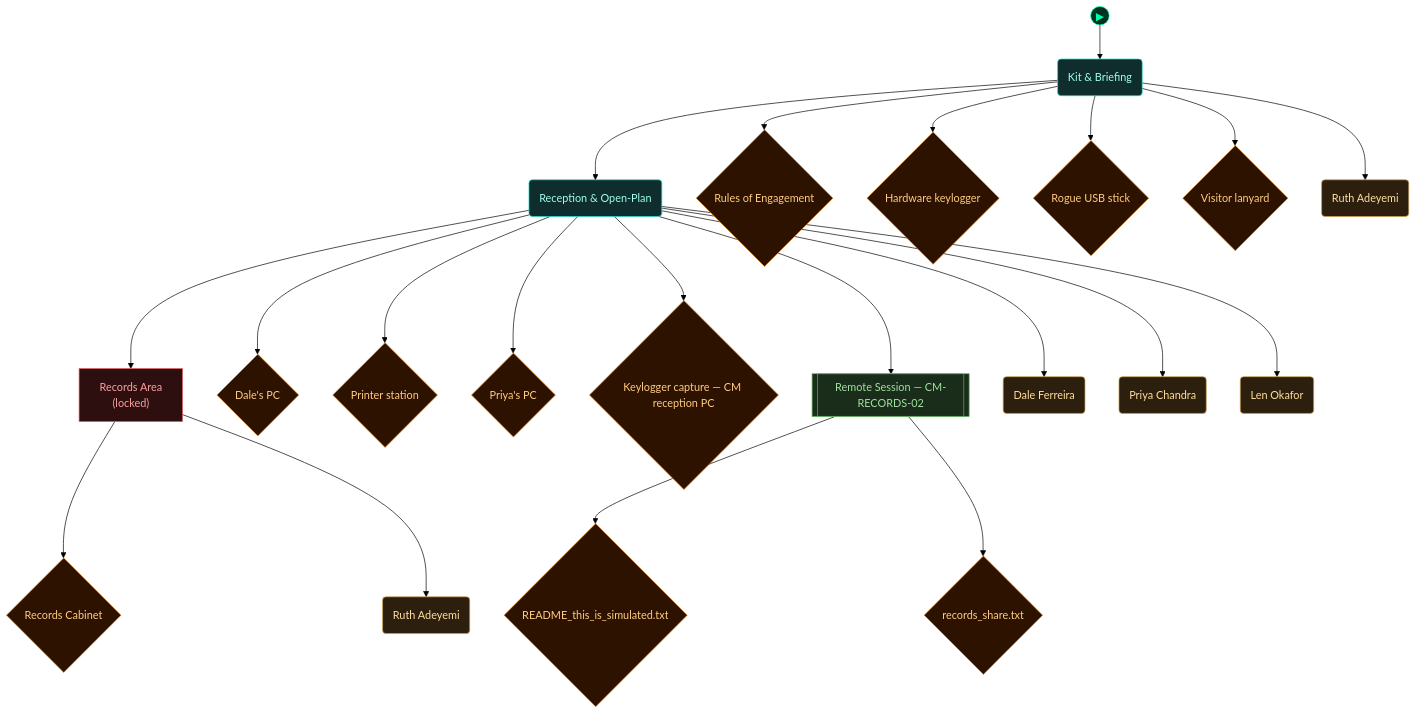
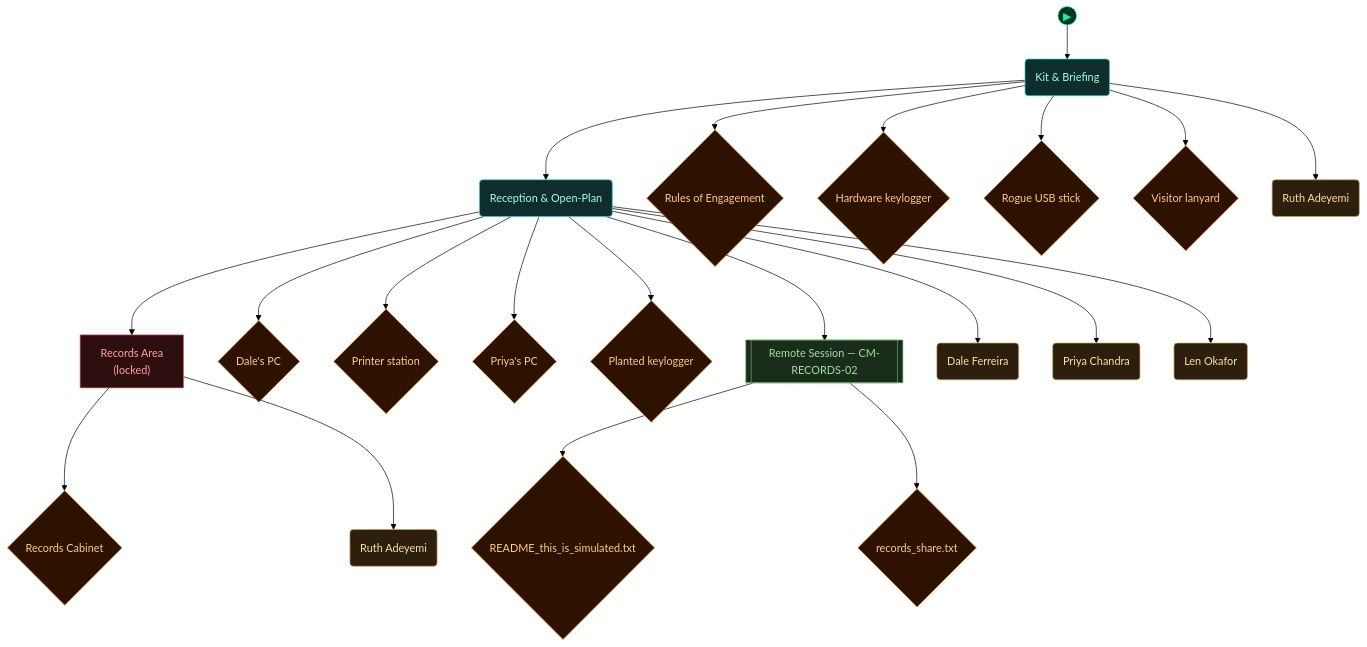
Before and after one commit to cliffe/BreakEscape: the fifth of 5 diagrams in scenarios/lab_physical_pentest/dungeon_graph.md, drawn with Mermaid (forest theme). The commit also changed 4 other files, not shown here.

Commit message:
lab_physical_pentest: keylogger capture as an in-world planted sprite (revealOnGlobal), not an inventory item

````diff
--- a/scenarios/lab_physical_pentest/dungeon_graph.md
+++ b/scenarios/lab_physical_pentest/dungeon_graph.md
@@ -203,69 +203,69 @@
 ```mermaid
 flowchart TD
 
   classDef room      fill:#0f2d2d,stroke:#22ddcc,color:#a0ffee
   classDef lock      fill:#2d0f0f,stroke:#e66060,color:#ffa0a0
   classDef key       fill:#2d0812,stroke:#e66060,color:#ffa0a0
   classDef item      fill:#2d1200,stroke:#e89030,color:#ffcc80
   classDef gate      fill:#111,stroke:#666,color:#eee
   classDef vm        fill:#0c1f40,stroke:#4a90d9,color:#a0c8ff
   classDef flag      fill:#1a0c2d,stroke:#9060d0,color:#cc99ff
   classDef action    fill:#1a1200,stroke:#cc9922,color:#ffee88
   classDef aim       fill:#0d2a0d,stroke:#44cc44,color:#88ff88
   classDef aim_gate  fill:#111111,stroke:#44cc44,color:#44cc44
   classDef container fill:#1a2d1a,stroke:#60b060,color:#a0e0a0
   classDef npc       fill:#2d1f0d,stroke:#d0a050,color:#ffe0a0
   classDef critical  fill:#2a1500,stroke:#ffaa00,color:#ffdd88
   classDef start     fill:#003322,stroke:#00ffaa,color:#00ffaa
 
   node_start(("▶"))
   node_start --> briefing_room
 
   briefing_room("Kit & Briefing")
   open_plan("Reception & Open-Plan")
   secure_area["Records Area<br/>(locked)"]
   rc_roe_board_1{"Rules of Engagement"}
   rc_kit_keylogger_2{"Hardware keylogger"}
   rc_kit_usb_3{"Rogue USB stick"}
   rc_kit_lanyard_4{"Visitor lanyard"}
   rc_npc_ruth_adeyemi_5("Ruth Adeyemi")
   rc_staff_pc_6{"Dale's PC"}
   rc_usb_drop_point_7{"Printer station"}
   rc_usb_target_pc_8{"Priya's PC"}
-  rc_keylog_capture_9{"Keylogger capture — CM reception PC"}
+  rc_planted_keylogger_9{"Planted keylogger"}
   rc_records_remote_10[["Remote Session — CM-RECORDS-02"]]
   rc_obj11_11{"README_this_is_simulated.txt"}
   rc_obj12_12{"records_share.txt"}
   rc_npc_dale_ferreira_13("Dale Ferreira")
   rc_npc_priya_chandra_14("Priya Chandra")
   rc_npc_len_okafor_15("Len Okafor")
   rc_records_cabinet_16{"Records Cabinet"}
   rc_npc_ruth_adeyemi_17("Ruth Adeyemi")
 
   briefing_room --> open_plan
   open_plan --> secure_area
   briefing_room --> rc_roe_board_1
   briefing_room --> rc_kit_keylogger_2
   briefing_room --> rc_kit_usb_3
   briefing_room --> rc_kit_lanyard_4
   briefing_room --> rc_npc_ruth_adeyemi_5
   open_plan --> rc_staff_pc_6
   open_plan --> rc_usb_drop_point_7
   open_plan --> rc_usb_target_pc_8
-  open_plan --> rc_keylog_capture_9
+  open_plan --> rc_planted_keylogger_9
   open_plan --> rc_records_remote_10
   rc_records_remote_10 --> rc_obj11_11
   rc_records_remote_10 --> rc_obj12_12
   open_plan --> rc_npc_dale_ferreira_13
   open_plan --> rc_npc_priya_chandra_14
   open_plan --> rc_npc_len_okafor_15
   secure_area --> rc_records_cabinet_16
   secure_area --> rc_npc_ruth_adeyemi_17
 
   class briefing_room,open_plan room
   class secure_area lock
-  class rc_roe_board_1,rc_kit_keylogger_2,rc_kit_usb_3,rc_kit_lanyard_4,rc_staff_pc_6,rc_usb_drop_point_7,rc_usb_target_pc_8,rc_keylog_capture_9,rc_obj11_11,rc_obj12_12,rc_records_cabinet_16 item
+  class rc_roe_board_1,rc_kit_keylogger_2,rc_kit_usb_3,rc_kit_lanyard_4,rc_staff_pc_6,rc_usb_drop_point_7,rc_usb_target_pc_8,rc_planted_keylogger_9,rc_obj11_11,rc_obj12_12,rc_records_cabinet_16 item
   class rc_npc_ruth_adeyemi_5,rc_npc_dale_ferreira_13,rc_npc_priya_chandra_14,rc_npc_len_okafor_15,rc_npc_ruth_adeyemi_17 npc
   class rc_records_remote_10 container
   class node_start start
 ```
````
